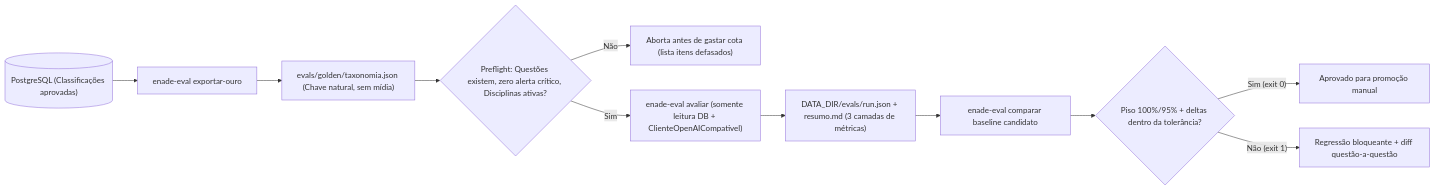
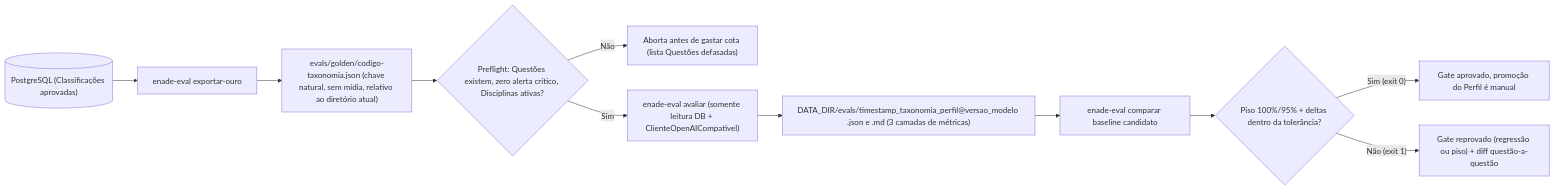
One commit to EugenioVLopes/enade-questoes changed the fourth of 4 diagrams in docs/planejamento-inicial/explicacao.md. Above: the diagram before and after it, drawn with Mermaid. The commit also changed other lines of this file and 3 other files, not shown here.

````diff
--- a/docs/planejamento-inicial/explicacao.md
+++ b/docs/planejamento-inicial/explicacao.md
@@ -164,15 +164,15 @@
 ```mermaid
 flowchart LR
     PG[("PostgreSQL (Classificações aprovadas)")] --> EXP["enade-eval exportar-ouro"]
-    EXP --> GOLD["evals/golden/taxonomia.json (Chave natural, sem mídia)"]
+    EXP --> GOLD["evals/golden/codigo-taxonomia.json (chave natural, sem mídia, relativo ao diretório atual)"]
 
     GOLD --> PRE{"Preflight: Questões existem, zero alerta crítico, Disciplinas ativas?"}
-    PRE -- "Não" --> FAILP["Aborta antes de gastar cota (lista itens defasados)"]
+    PRE -- "Não" --> FAILP["Aborta antes de gastar cota (lista Questões defasadas)"]
     PRE -- "Sim" --> RUN["enade-eval avaliar (somente leitura DB + ClienteOpenAICompativel)"]
 
-    RUN --> REP["DATA_DIR/evals/run.json + resumo.md (3 camadas de métricas)"]
+    RUN --> REP["DATA_DIR/evals/timestamp_taxonomia_perfil@versao_modelo .json e .md (3 camadas de métricas)"]
     REP --> CMP["enade-eval comparar baseline candidato"]
     CMP --> GATE{"Piso 100%/95% + deltas dentro da tolerância?"}
-    GATE -- "Sim (exit 0)" --> OK["Aprovado para promoção manual"]
-    GATE -- "Não (exit 1)" --> REG["Regressão bloqueante + diff questão-a-questão"]
+    GATE -- "Sim (exit 0)" --> OK["Gate aprovado, promoção do Perfil é manual"]
+    GATE -- "Não (exit 1)" --> REG["Gate reprovado (regressão ou piso) + diff questão-a-questão"]
 ```
````
